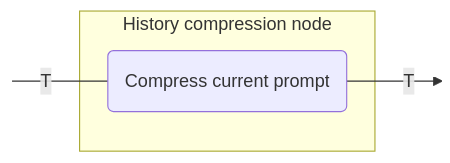
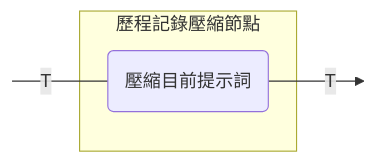
Before and after one commit to BinaryTape/Open-Docs: the tenth of 15 diagrams in docs/zh-Hant/koog/nodes-and-components.md, drawn with Mermaid. The commit also changed other lines of this file and 457 other files, not shown here.

````diff
--- a/docs/zh-Hant/koog/nodes-and-components.md
+++ b/docs/zh-Hant/koog/nodes-and-components.md
@@ -490,13 +482,13 @@
 ```mermaid
 graph LR
     in:::hidden
     out:::hidden
     
-    subgraph node ["History compression node"]
-        execute(Compress current prompt)
+    subgraph node ["歷程記錄壓縮節點"]
+        execute(壓縮目前提示詞)
     end
     
     in ---|T| execute --T--> out
 
     classDef hidden display: none;
 ```
````
